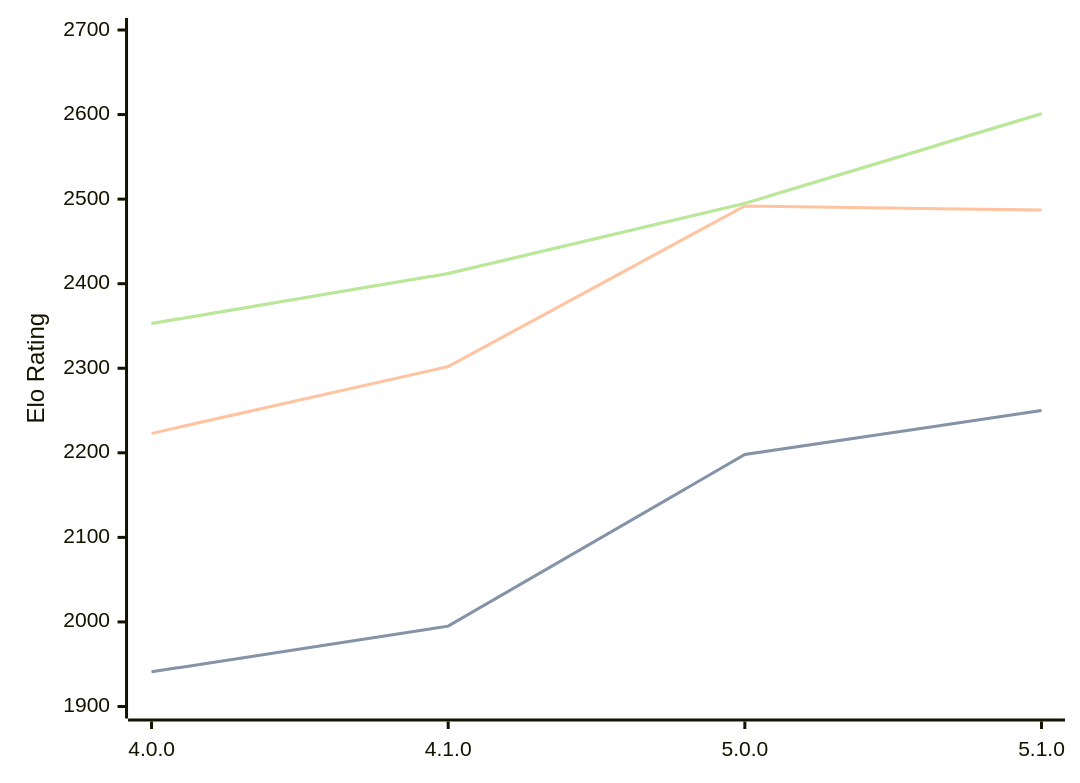
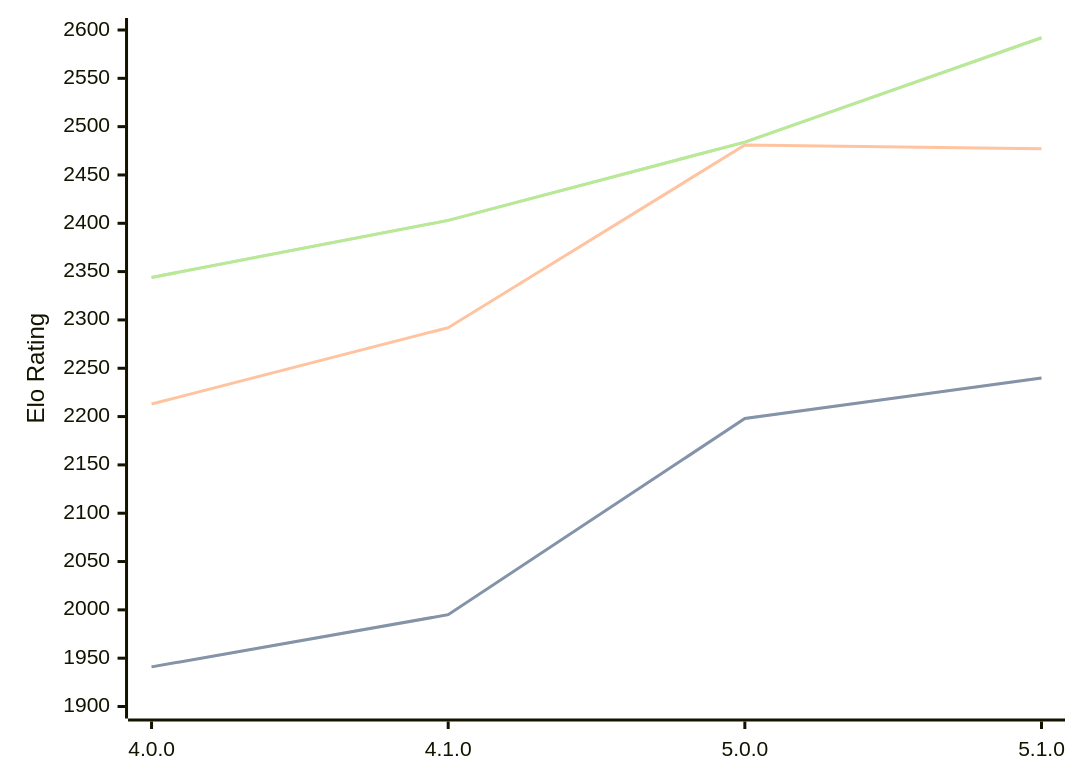
One commit to computer-chess-index/cci changed the diagram in engines/Aconcagua.md. Above: the diagram before and after it, drawn with Mermaid. The commit also changed other lines of this file, not shown here.

Commit message:
Update CCI Ratings (ELO VLTC) - 2026-03-19

````diff
--- a/engines/Aconcagua.md
+++ b/engines/Aconcagua.md
@@ -41,11 +41,11 @@
 ```mermaid
 %%{init: {"theme":"base","themeVariables":{"seriesColors:['#a3a3a3','#222221','#faa371']}}}%%
 xychart-beta
   x-axis ["4.0.0", "4.1.0", "5.0.0", "5.1.0"]
-  y-axis "Elo Rating" 1900 --> 2700
-  line "STC (8.0+0.08s)" [1941, 1995, 2198, 2250]
-  line "STC (8.0+0.08s)" [1941, 1995, 2198, 2250]
-  line "LTC (60.0+0.60s)" [2223, 2302, 2492, 2487]
-  line "VLTC (2m24s+1.12s)" [2353, 2412, 2495, 2601]
-  line "VLTC (2m24s+1.12s)" [2353, 2412, 2495, 2601]
+  y-axis "Elo Rating" 1900 --> 2600
+  line "STC (8.0+0.08s)" [1941, 1995, 2198, 2240]
+  line "STC (8.0+0.08s)" [1941, 1995, 2198, 2240]
+  line "LTC (60.0+0.60s)" [2213, 2292, 2481, 2477]
+  line "VLTC (2m24s+1.12s)" [2344, 2403, 2484, 2592]
+  line "VLTC (2m24s+1.12s)" [2344, 2403, 2484, 2592]
 ```
````
